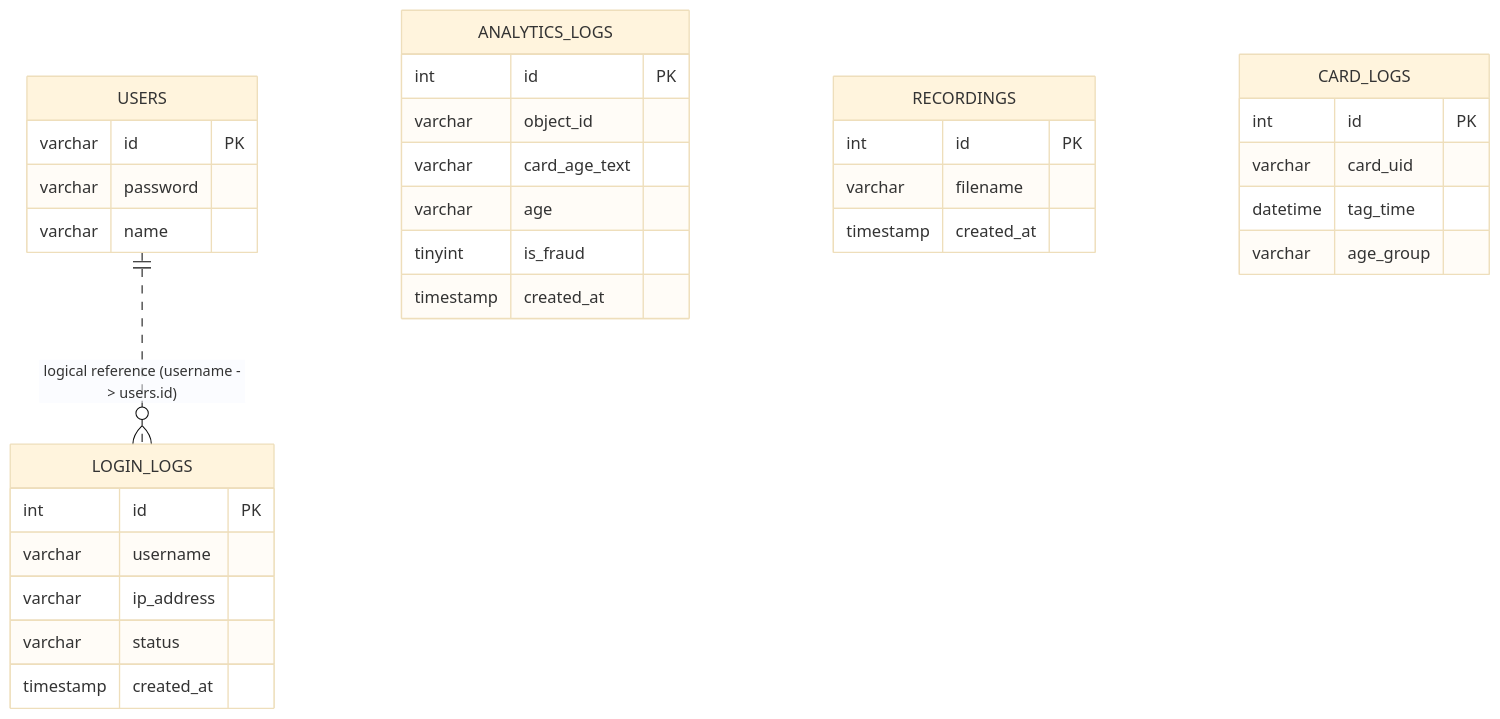
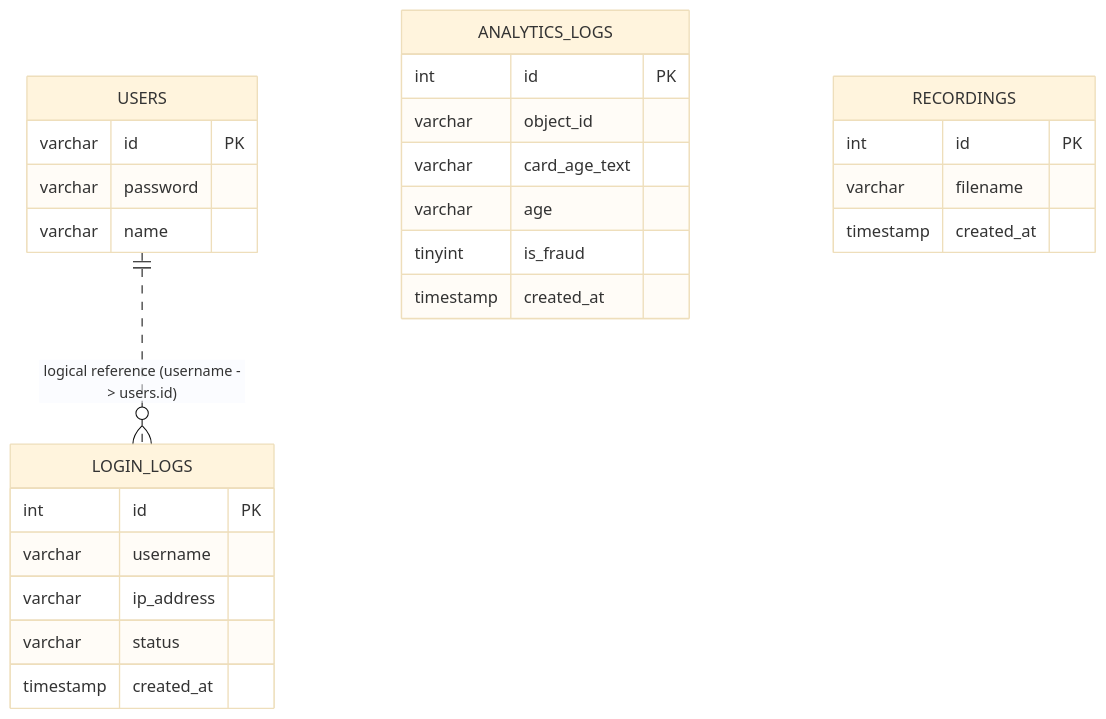
Before and after one commit to VEDA36tmea1/SFEPS: the first of 5 diagrams in docs/db_flow.md, drawn with Mermaid (base theme). The commit also changed other lines of this file and 20 other files, not shown here.

````diff
--- a/docs/db_flow.md
+++ b/docs/db_flow.md
@@ -7,40 +7,33 @@
 ```mermaid
 erDiagram
     USERS {
         varchar id PK
         varchar password
         varchar name
     }
 
     LOGIN_LOGS {
         int id PK
         varchar username
         varchar ip_address
         varchar status
         timestamp created_at
     }
 
     ANALYTICS_LOGS {
         int id PK
         varchar object_id
         varchar card_age_text
         varchar age
         tinyint is_fraud
         timestamp created_at
     }
 
     RECORDINGS {
         int id PK
         varchar filename
         timestamp created_at
     }
 
-    CARD_LOGS {
-        int id PK
-        varchar card_uid
-        datetime tag_time
-        varchar age_group
-    }
-
     USERS ||..o{ LOGIN_LOGS : "logical reference (username -> users.id)"
 ```
````
